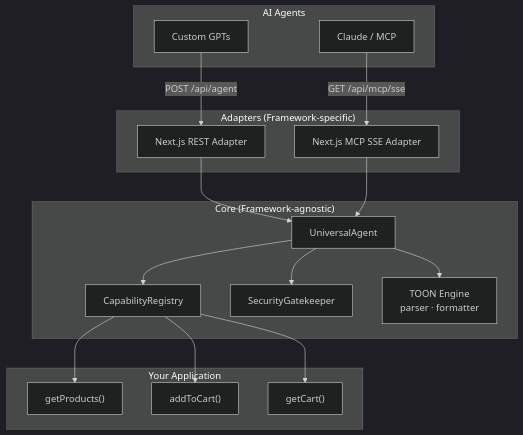
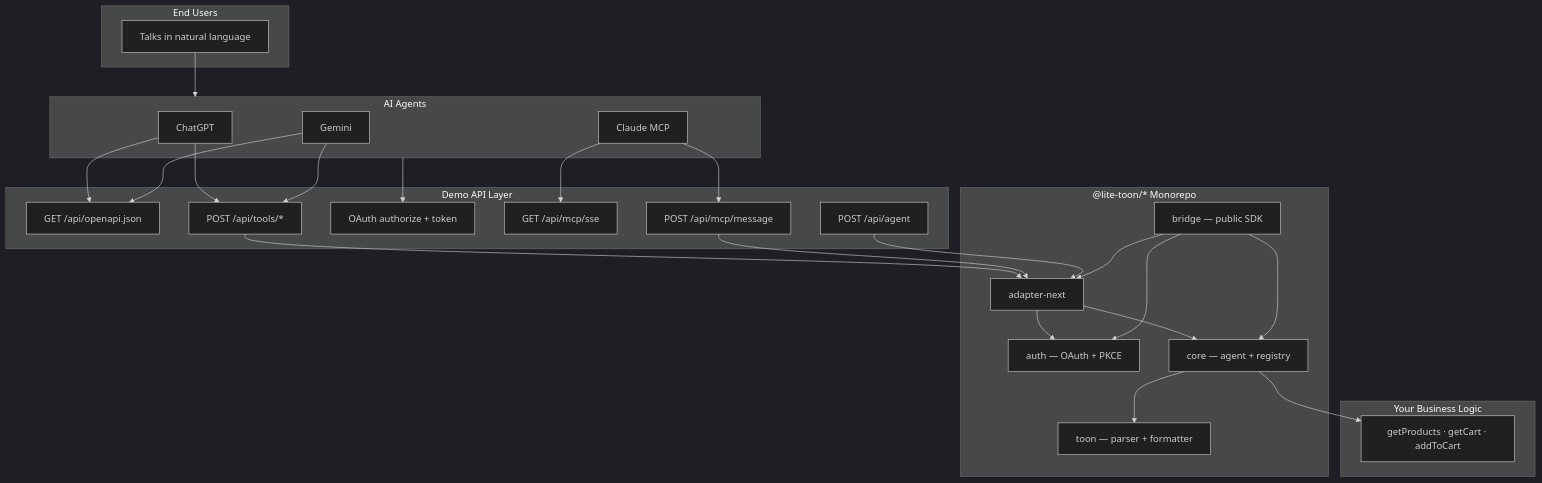
Before and after one commit to Luke-official/lite-toon: the first of 2 diagrams in README.md, drawn with Mermaid (dark theme). The commit also changed other lines of this file, not shown here.

Commit message:
docs: update README to clarify Lite-Toon’s purpose and features; enhance descriptions of AI agent integration, TOON format, and architecture for better user understanding

````diff
--- a/README.md
+++ b/README.md
@@ -100,36 +95,52 @@
 ```mermaid
 flowchart TB
-    subgraph agents ["AI Agents"]
-        GPT["Custom GPTs"]
-        Claude["Claude / MCP"]
+    subgraph users ["End Users"]
+        U["Talks in natural language"]
     end
 
-    subgraph adapters ["Adapters (Framework-specific)"]
-        REST["Next.js REST Adapter"]
-        SSE["Next.js MCP SSE Adapter"]
+    subgraph agents ["AI Agents"]
+        GPT["ChatGPT"]
+        Claude["Claude MCP"]
+        Gemini["Gemini"]
     end
 
-    subgraph core ["Core (Framework-agnostic)"]
-        Agent["UniversalAgent"]
-        Registry["CapabilityRegistry"]
-        Security["SecurityGatekeeper"]
-        TOON["TOON Engine\nparser · formatter"]
+    subgraph network ["Demo API Layer"]
+        OpenAPI["GET /api/openapi.json"]
+        Tools["POST /api/tools/*"]
+        OAuth["OAuth authorize + token"]
+        MCPsse["GET /api/mcp/sse"]
+        MCPmsg["POST /api/mcp/message"]
+        Agent["POST /api/agent"]
     end
 
-    subgraph app ["Your Application"]
-        Cap1["getProducts()"]
-        Cap2["addToCart()"]
-        Cap3["getCart()"]
+    subgraph packages ["@lite-toon/* Monorepo"]
+        Bridge["bridge — public SDK"]
+        Adapter["adapter-next"]
+        Auth["auth — OAuth + PKCE"]
+        Core["core — agent + registry"]
+        Toon["toon — parser + formatter"]
     end
 
-    GPT -->|"POST /api/agent"| REST
-    Claude -->|"GET /api/mcp/sse"| SSE
-    REST --> Agent
-    SSE --> Agent
-    Agent --> Security
-    Agent --> Registry
-    Agent --> TOON
-    Registry --> Cap1
-    Registry --> Cap2
-    Registry --> Cap3
+    subgraph app ["Your Business Logic"]
+        Cap["getProducts · getCart · addToCart"]
+    end
+
+    U --> agents
+    GPT --> OpenAPI
+    GPT --> Tools
+    Gemini --> OpenAPI
+    Gemini --> Tools
+    Claude --> MCPsse
+    Claude --> MCPmsg
+    agents --> OAuth
+    Tools --> Adapter
+    MCPmsg --> Adapter
+    Agent --> Adapter
+    Adapter --> Auth
+    Adapter --> Core
+    Core --> Toon
+    Core --> Cap
+    Bridge --> Adapter
+    Bridge --> Auth
+    Bridge --> Core
 ```
````
